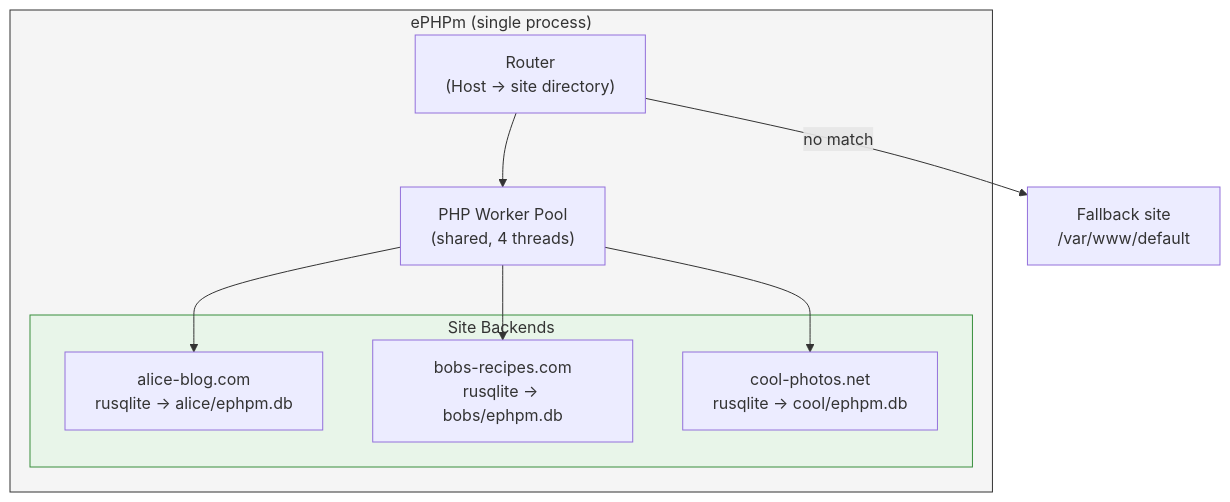
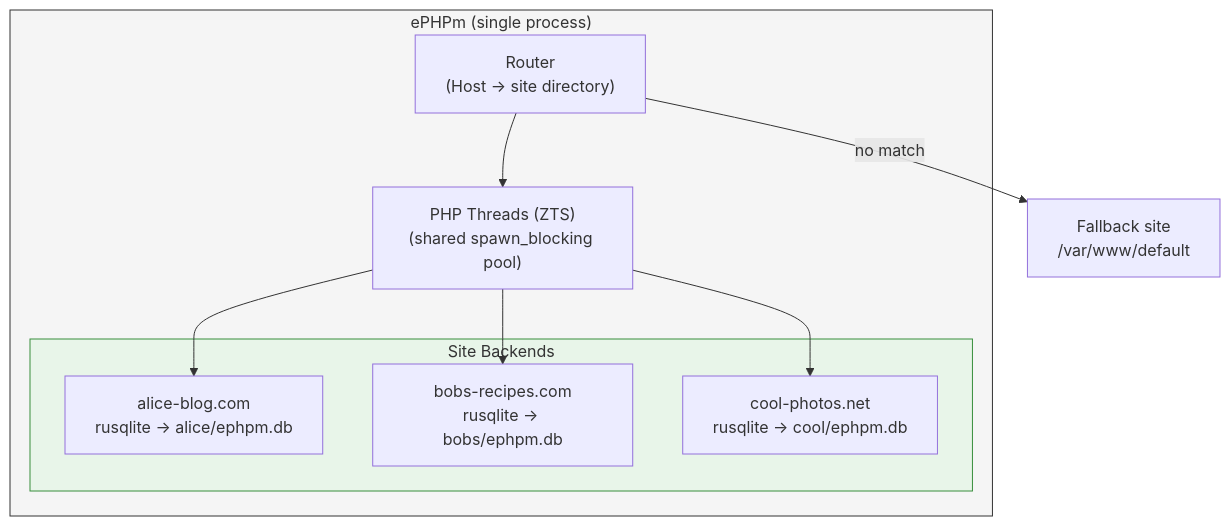
Before and after one commit to ephpm/ephpm: the diagram in docs/architecture/vhosts.md, drawn with Mermaid. The commit also changed other lines of this file and 23 other files, not shown here.

First line of the commit message:
feat: enable ZTS for concurrent PHP execution

````diff
--- a/docs/architecture/vhosts.md
+++ b/docs/architecture/vhosts.md
@@ -93,24 +93,24 @@
 ```mermaid
 graph TD
     subgraph ephpm["ePHPm (single process)"]
         router["Router\n(Host → site directory)"]
-        workers["PHP Worker Pool\n(shared, 4 threads)"]
+        workers["PHP Threads (ZTS)\n(shared spawn_blocking pool)"]
 
         subgraph sites["Site Backends"]
             site1["alice-blog.com\nrusqlite → alice/ephpm.db"]
             site2["bobs-recipes.com\nrusqlite → bobs/ephpm.db"]
             site3["cool-photos.net\nrusqlite → cool/ephpm.db"]
         end
 
         router --> workers
         workers --> site1
         workers --> site2
         workers --> site3
     end
 
     fallback["Fallback site\n/var/www/default"]
     router -->|no match| fallback
 
     style ephpm fill:#f5f5f5,stroke:#333
     style sites fill:#e8f5e9,stroke:#388e3c
 ```
````
